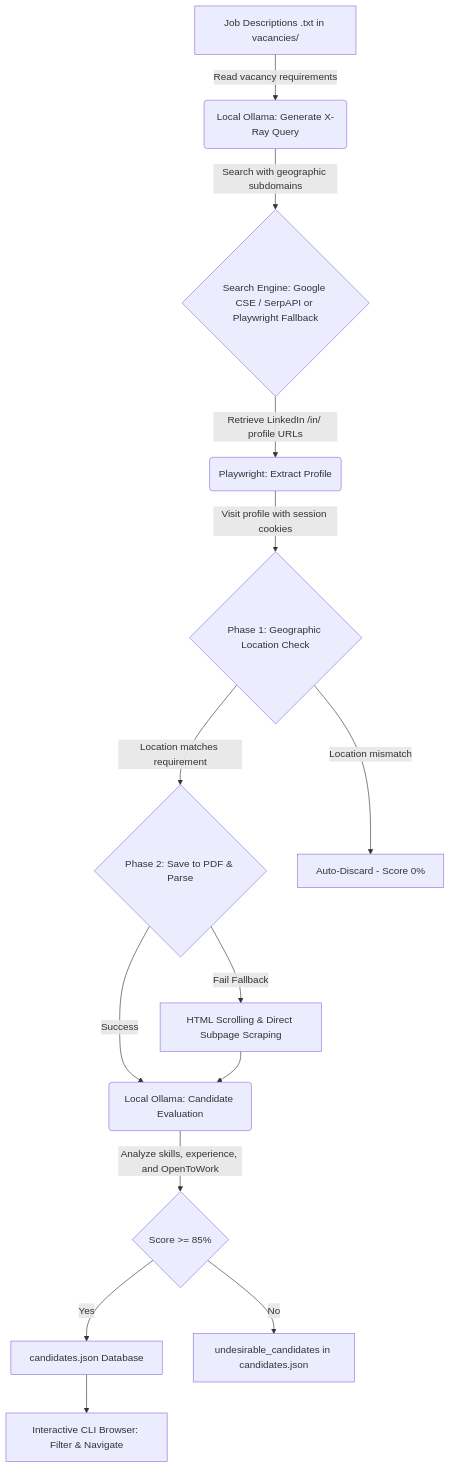
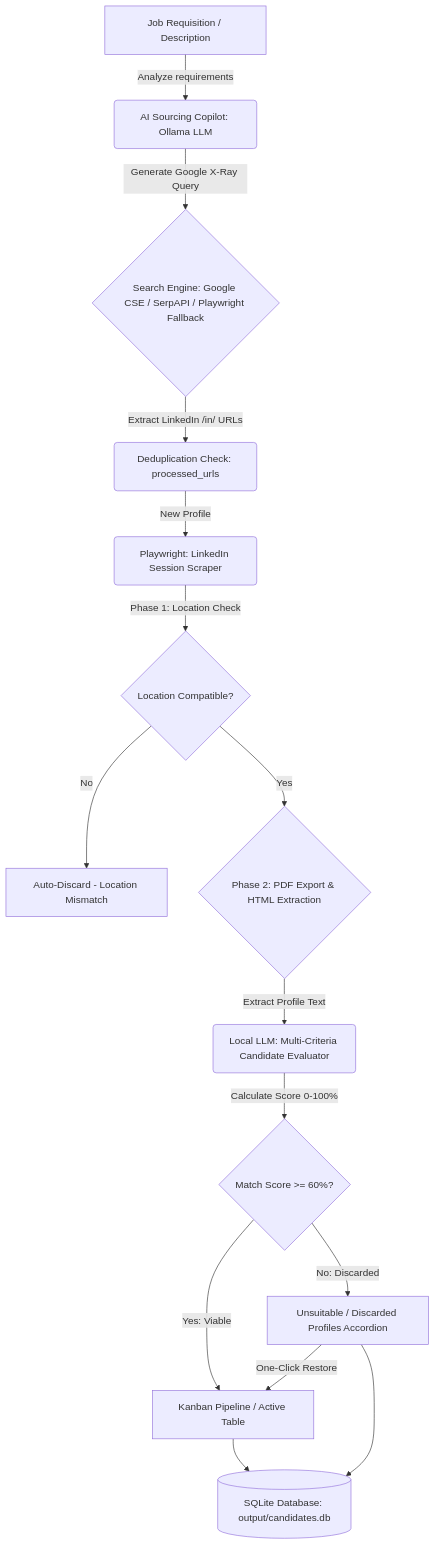
The diagram in README.md (ChristianRM/referlooker), drawn with Mermaid before and after one commit. The commit also changed other lines of this file and 13 other files, not shown here.

Commit message:
Release v2.0.0: Modern Web ATS Platform, AI Sourcing Copilot, Strict Partitioning Kanban Pipeline & Discard Insights

````diff
--- a/README.md
+++ b/README.md
@@ -13,16 +31,16 @@
 ```mermaid
 graph TD
-    A[Job Descriptions .txt in vacancies/] -->|Read vacancy requirements| B(Local Ollama: Generate X-Ray Query)
-    B -->|Search with geographic subdomains| C{Search Engine: Google CSE / SerpAPI or Playwright Fallback}
-    C -->|Retrieve LinkedIn /in/ profile URLs| D(Playwright: Extract Profile)
-    D -->|Visit profile with session cookies| E{Phase 1: Geographic Location Check}
-    E -->|Location matches requirement| F{Phase 2: Save to PDF & Parse}
-    F -->|Success| H(Local Ollama: Candidate Evaluation)
-    F -->|Fail Fallback| F_FB[HTML Scrolling & Direct Subpage Scraping]
-    F_FB --> H
-    E -->|Location mismatch| G[Auto-Discard - Score 0%]
-    H -->|Analyze skills, experience, and OpenToWork| I{Score >= 85%}
-    I -->|Yes| J[candidates.json Database]
-    I -->|No| K[undesirable_candidates in candidates.json]
-    J --> L[Interactive CLI Browser: Filter & Navigate]
+    A[Job Requisition / Description] -->|Analyze requirements| B(AI Sourcing Copilot: Ollama LLM)
+    B -->|Generate Google X-Ray Query| C{Search Engine: Google CSE / SerpAPI / Playwright Fallback}
+    C -->|Extract LinkedIn /in/ URLs| D(Deduplication Check: processed_urls)
+    D -->|New Profile| E(Playwright: LinkedIn Session Scraper)
+    E -->|Phase 1: Location Check| F{Location Compatible?}
+    F -->|No| G[Auto-Discard - Location Mismatch]
+    F -->|Yes| H{Phase 2: PDF Export & HTML Extraction}
+    H -->|Extract Profile Text| I(Local LLM: Multi-Criteria Candidate Evaluator)
+    I -->|Calculate Score 0-100%| J{Match Score >= 60%?}
+    J -->|Yes: Viable| K[Kanban Pipeline / Active Table]
+    J -->|No: Discarded| L[Unsuitable / Discarded Profiles Accordion]
+    K & L --> M[(SQLite Database: output/candidates.db)]
+    L -->|One-Click Restore| K
 ```
````
